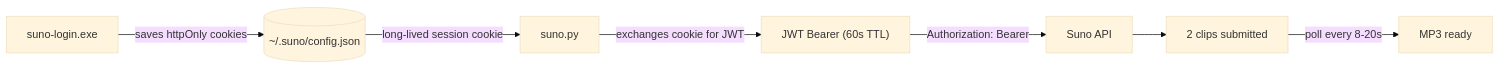
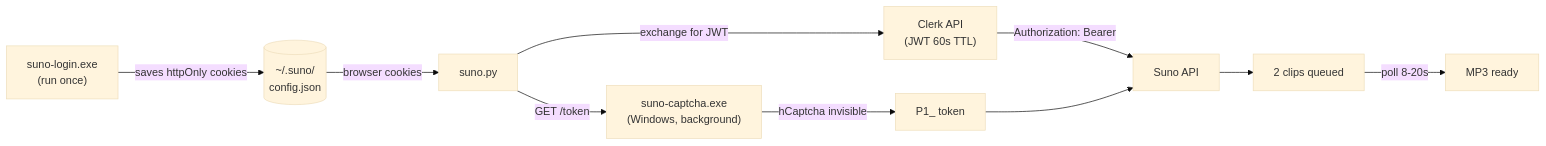
One commit to Crucialhunter/sunotap changed the diagram in README.md. Above: the diagram before and after it, drawn with Mermaid (base theme). The commit also changed other lines of this file and 66 other files, not shown here.

First line of the commit message:
Add suno-captcha.exe: autonomous hCaptcha service for headless CLI use

````diff
--- a/README.md
+++ b/README.md
@@ -30,9 +56,12 @@
 ```mermaid
 flowchart LR
-    A["suno-login.exe"] -->|"saves httpOnly cookies"| B[("~/.suno/config.json")]
-    B -->|"long-lived session cookie"| C["suno.py"]
-    C -->|"exchanges cookie for JWT"| D["JWT Bearer (60s TTL)"]
-    D -->|"Authorization: Bearer"| E["Suno API"]
-    E --> F["2 clips submitted"]
-    F -->|"poll every 8-20s"| G["MP3 ready"]
+    A["suno-login.exe\n(run once)"] -->|saves httpOnly cookies| B[("~/.suno/\nconfig.json")]
+    B -->|browser cookies| C["suno.py"]
+    C -->|exchange for JWT| D["Clerk API\n(JWT 60s TTL)"]
+    D -->|Authorization: Bearer| E["Suno API"]
+    C -->|GET /token| F["suno-captcha.exe\n(Windows, background)"]
+    F -->|hCaptcha invisible| G["P1_ token"]
+    G --> E
+    E --> H["2 clips queued"]
+    H -->|poll 8-20s| I["MP3 ready"]
 ```
````
